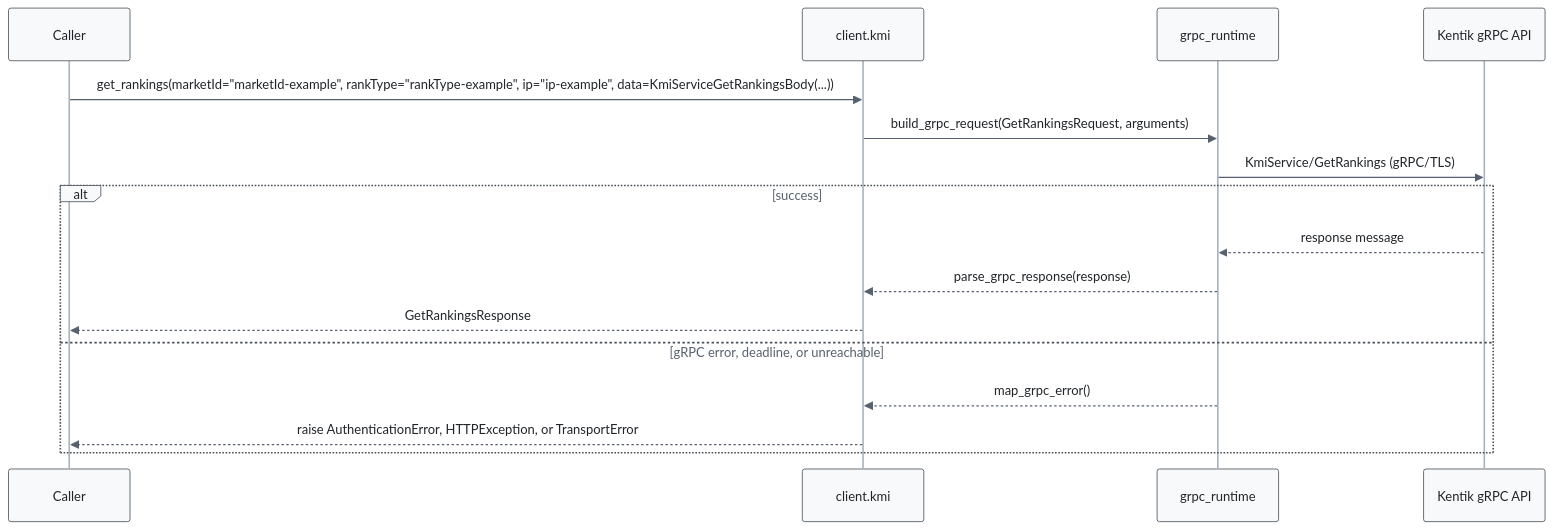
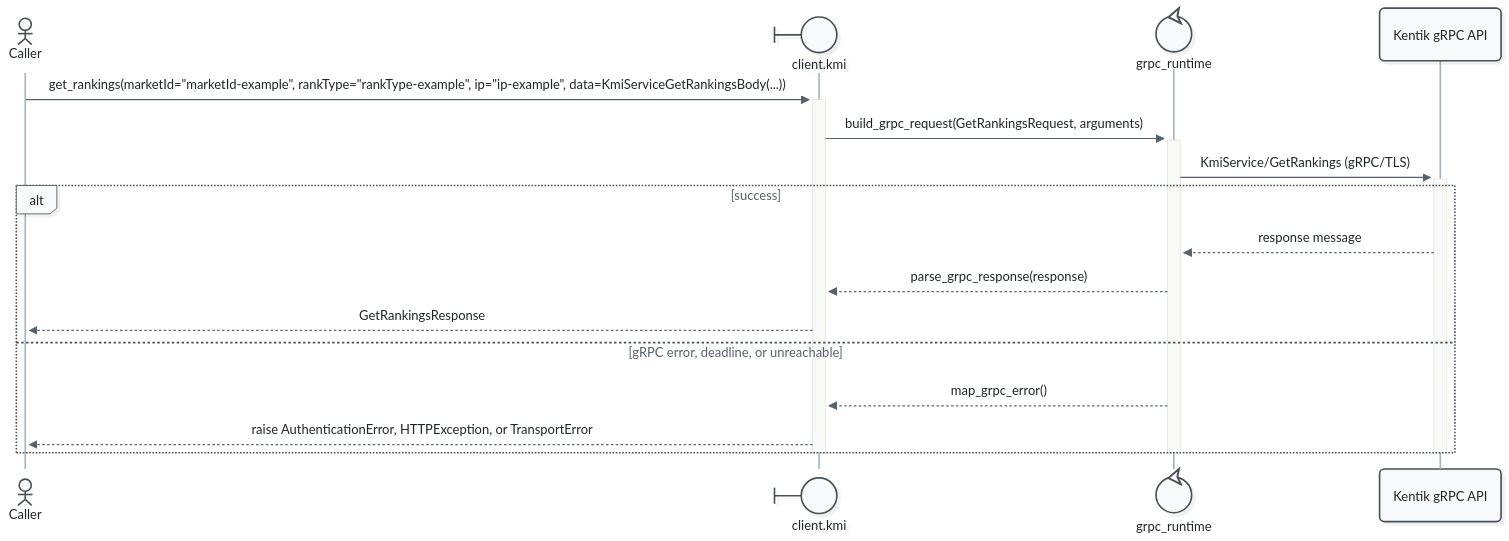
Before and after one commit to alexdearaujo/community_sdk_python: the eighth of 11 diagrams in docs/sphinx/services/kmi.md, drawn with Mermaid. The commit also changed other lines of this file and 52 other files, not shown here.

First line of the commit message:
docs: Mermaid 12 sequence diagrams with participant types and path colors

````diff
--- a/docs/sphinx/services/kmi.md
+++ b/docs/sphinx/services/kmi.md
@@ -305,20 +322,23 @@
 ```mermaid
-%%{init: {"theme": "base", "fontFamily": "ui-monospace, SFMono-Regular, Menlo, monospace", "themeVariables": {"fontFamily": "ui-monospace, SFMono-Regular, Menlo, monospace", "primaryColor": "#f8f9fa", "primaryBorderColor": "#495057", "primaryTextColor": "#212529", "textColor": "#212529", "lineColor": "#77818c", "edgeLabelBackground": "#ffffff", "actorBkg": "#f8f9fa", "actorBorder": "#495057", "actorTextColor": "#212529", "actorLineColor": "#a9b3be", "signalColor": "#57616d", "signalTextColor": "#212529", "labelBoxBkgColor": "#f8f9fa", "labelBoxBorderColor": "#495057", "labelTextColor": "#212529", "loopTextColor": "#57616d", "noteBkgColor": "#fff9db", "noteBorderColor": "#f08c00", "noteTextColor": "#a35a00"}, "flowchart": {"curve": "step", "nodeSpacing": 30, "rankSpacing": 70, "wrappingWidth": 400}}}%%
+%%{init: {"theme": "redux", "look": "neo", "layout": "dagre", "fontFamily": "ui-monospace, SFMono-Regular, Menlo, monospace", "themeVariables": {"fontFamily": "ui-monospace, SFMono-Regular, Menlo, monospace", "primaryColor": "#f8f9fa", "primaryBorderColor": "#495057", "primaryTextColor": "#212529", "textColor": "#212529", "lineColor": "#77818c", "edgeLabelBackground": "#ffffff", "actorBkg": "#f8f9fa", "actorBorder": "#495057", "actorTextColor": "#212529", "actorLineColor": "#a9b3be", "signalColor": "#57616d", "signalTextColor": "#212529", "labelBoxBkgColor": "#f8f9fa", "labelBoxBorderColor": "#495057", "labelTextColor": "#212529", "loopTextColor": "#57616d", "noteBkgColor": "#fff9db", "noteBorderColor": "#f08c00", "noteTextColor": "#a35a00"}, "sequence": {"activationWidth": 16}, "flowchart": {"curve": "step", "nodeSpacing": 30, "rankSpacing": 70, "wrappingWidth": 400}}}%%
 sequenceDiagram
-    participant C as Caller
-    participant W as client.kmi
-    participant R as grpc_runtime
+    actor C as Caller
+    participant W@{ "type": "boundary" } as client.kmi
+    participant R@{ "type": "control" } as grpc_runtime
     participant API as Kentik gRPC API
 
-    C->>W: get_rankings(marketId="marketId-example", rankType="rankType-example", ip="ip-example", data=KmiServiceGetRankingsBody(...))
-    W->>R: build_grpc_request(GetRankingsRequest, arguments)
-    R->>API: KmiService/GetRankings (gRPC/TLS)
+    C->>+W: get_rankings(marketId="marketId-example", rankType="rankType-example", ip="ip-example", data=KmiServiceGetRankingsBody(...))
+    W->>+R: build_grpc_request(GetRankingsRequest, arguments)
+    R->>+API: KmiService/GetRankings (gRPC/TLS)
     alt success
         API-->>R: response message
         R-->>W: parse_grpc_response(response)
         W-->>C: GetRankingsResponse
     else gRPC error, deadline, or unreachable
         R-->>W: map_grpc_error()
         W-->>C: raise AuthenticationError, HTTPException, or TransportError
     end
+    deactivate API
+    deactivate R
+    deactivate W
 ```
````
